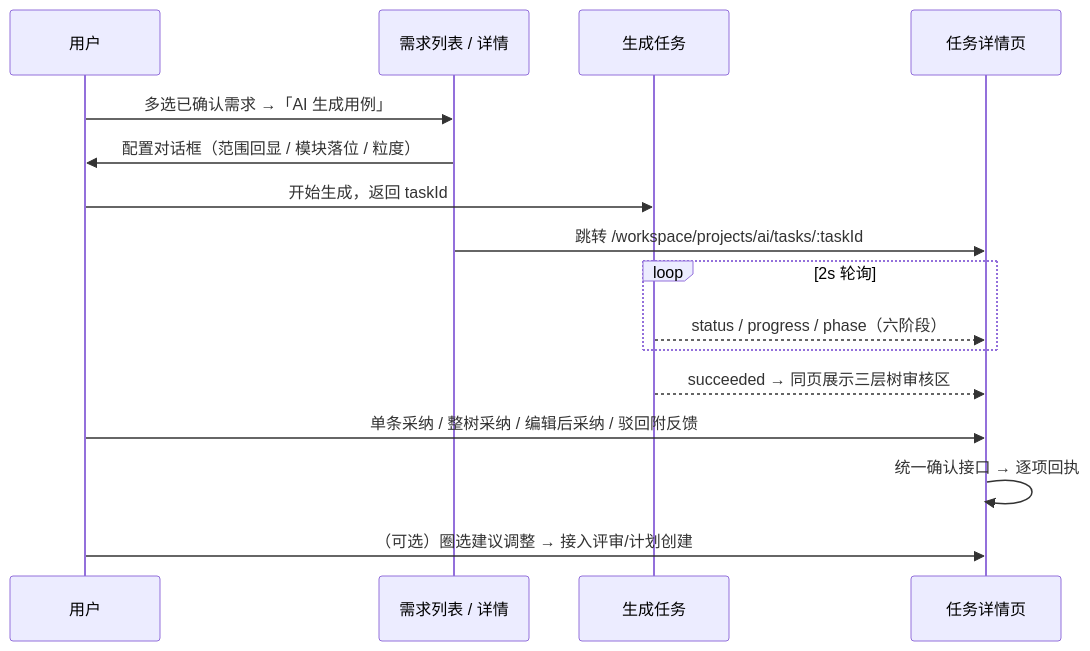
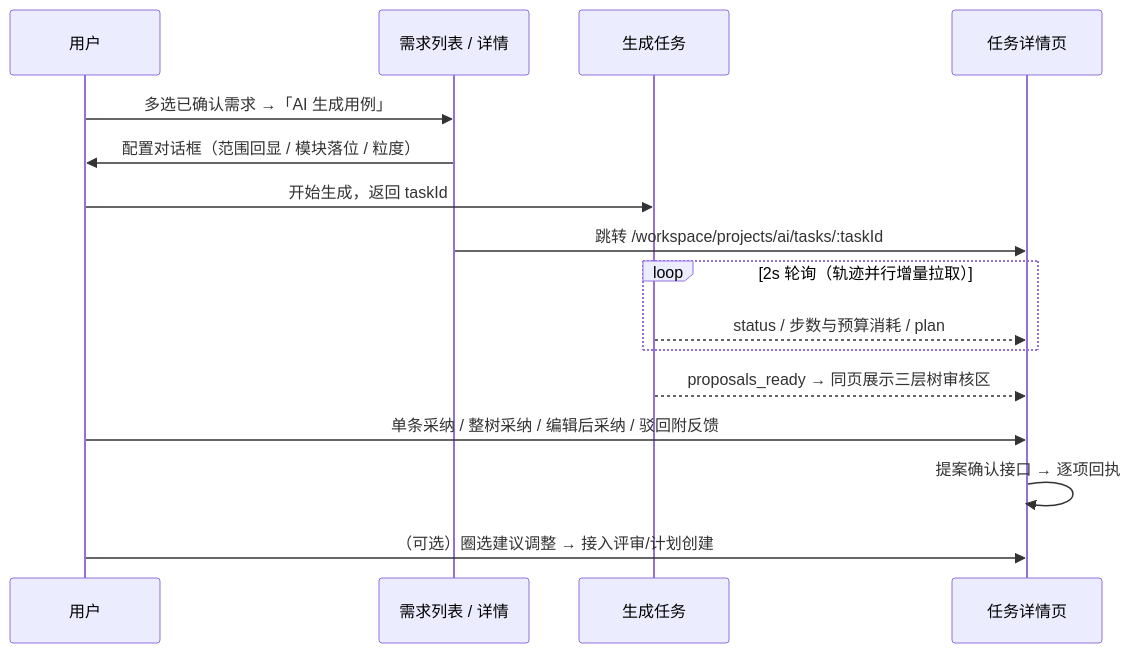
One commit to XiaoMiSum/robotest changed the diagram in docs/05-interaction-design/07-ai-capability/04-ai-generation-ui.md. Above: the diagram before and after it, drawn with Mermaid. The commit also changed other lines of this file and 18 other files, not shown here.

````diff
--- a/docs/05-interaction-design/07-ai-capability/04-ai-generation-ui.md
+++ b/docs/05-interaction-design/07-ai-capability/04-ai-generation-ui.md
@@ -82,18 +82,18 @@
 ```mermaid
 sequenceDiagram
   participant U as 用户
   participant R as 需求列表 / 详情
   participant G as 生成任务
   participant D as 任务详情页
   U->>R: 多选已确认需求 →「AI 生成用例」
   R->>U: 配置对话框（范围回显 / 模块落位 / 粒度）
   U->>G: 开始生成，返回 taskId
   R->>D: 跳转 /workspace/projects/ai/tasks/:taskId
-  loop 2s 轮询
-    G-->>D: status / progress / phase（六阶段）
+  loop 2s 轮询（轨迹并行增量拉取）
+    G-->>D: status / 步数与预算消耗 / plan
   end
-  G-->>D: succeeded → 同页展示三层树审核区
+  G-->>D: proposals_ready → 同页展示三层树审核区
   U->>D: 单条采纳 / 整树采纳 / 编辑后采纳 / 驳回附反馈
-  D->>D: 统一确认接口 → 逐项回执
+  D->>D: 提案确认接口 → 逐项回执
   U->>D: （可选）圈选建议调整 → 接入评审/计划创建
 ```
````
